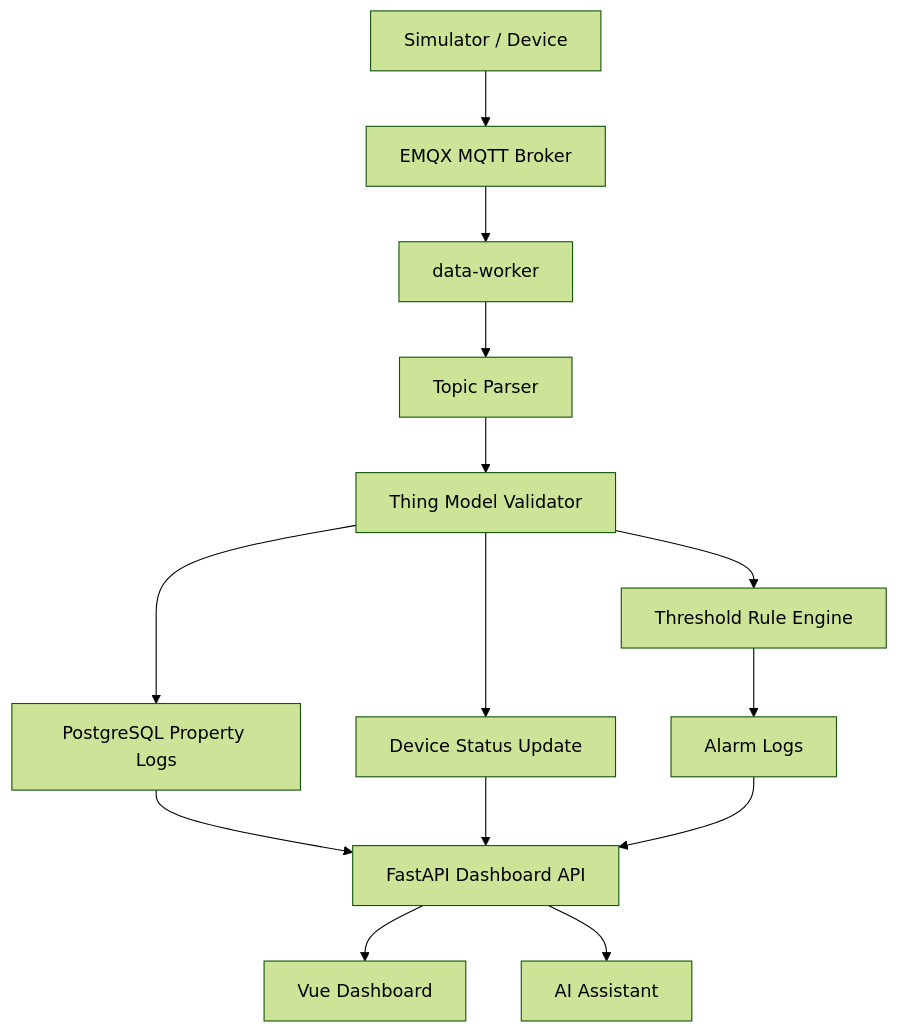
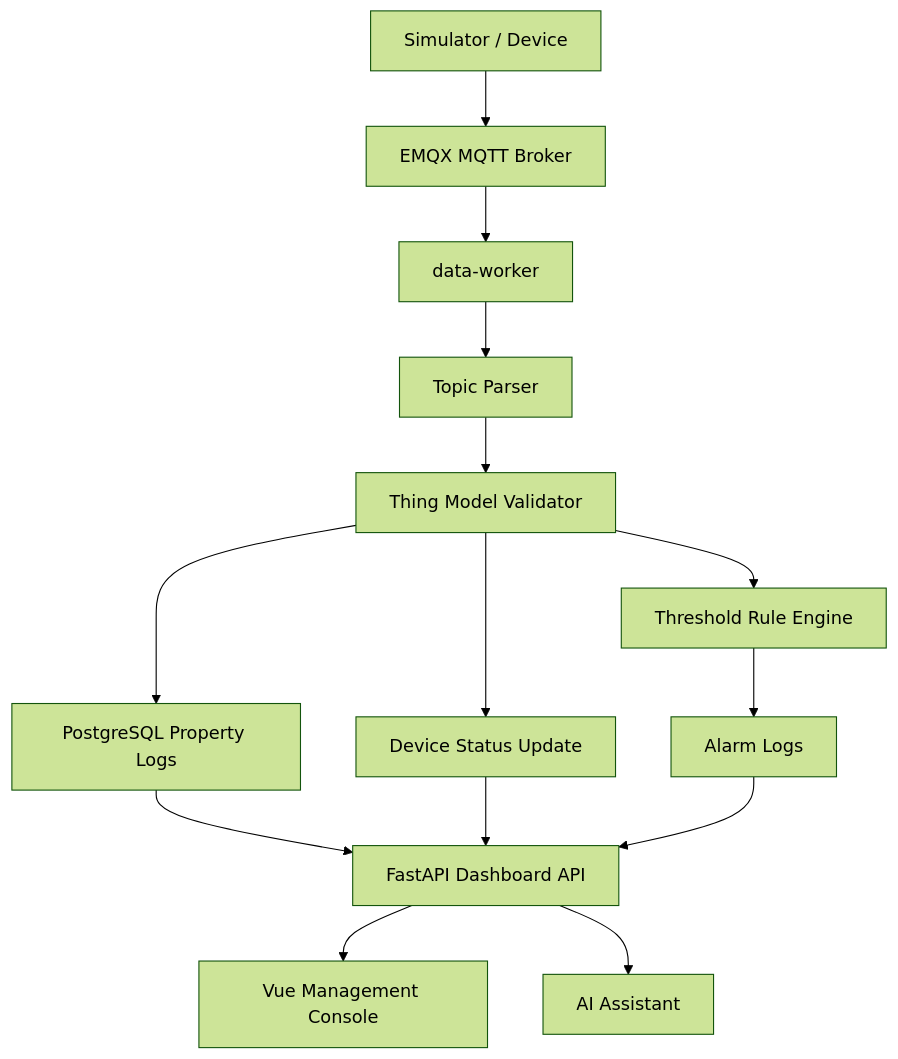
One commit to JunYIChen12/JunYIChen12-iot-agent-demo changed the first of 2 diagrams in docs/architecture.md. Above: the diagram before and after it, drawn with Mermaid (forest theme). The commit also changed other lines of this file and 11 other files, not shown here.

Commit message:
feat: add v0.2 management console

````diff
--- a/docs/architecture.md
+++ b/docs/architecture.md
@@ -26,16 +26,16 @@
 ```mermaid
 flowchart TD
     A["Simulator / Device"] --> B["EMQX MQTT Broker"]
     B --> C["data-worker"]
     C --> D["Topic Parser"]
     D --> E["Thing Model Validator"]
     E --> F["PostgreSQL Property Logs"]
     E --> G["Device Status Update"]
     E --> H["Threshold Rule Engine"]
     H --> I["Alarm Logs"]
     F --> J["FastAPI Dashboard API"]
     G --> J
     I --> J
-    J --> K["Vue Dashboard"]
+    J --> K["Vue Management Console"]
     J --> L["AI Assistant"]
 ```
````
